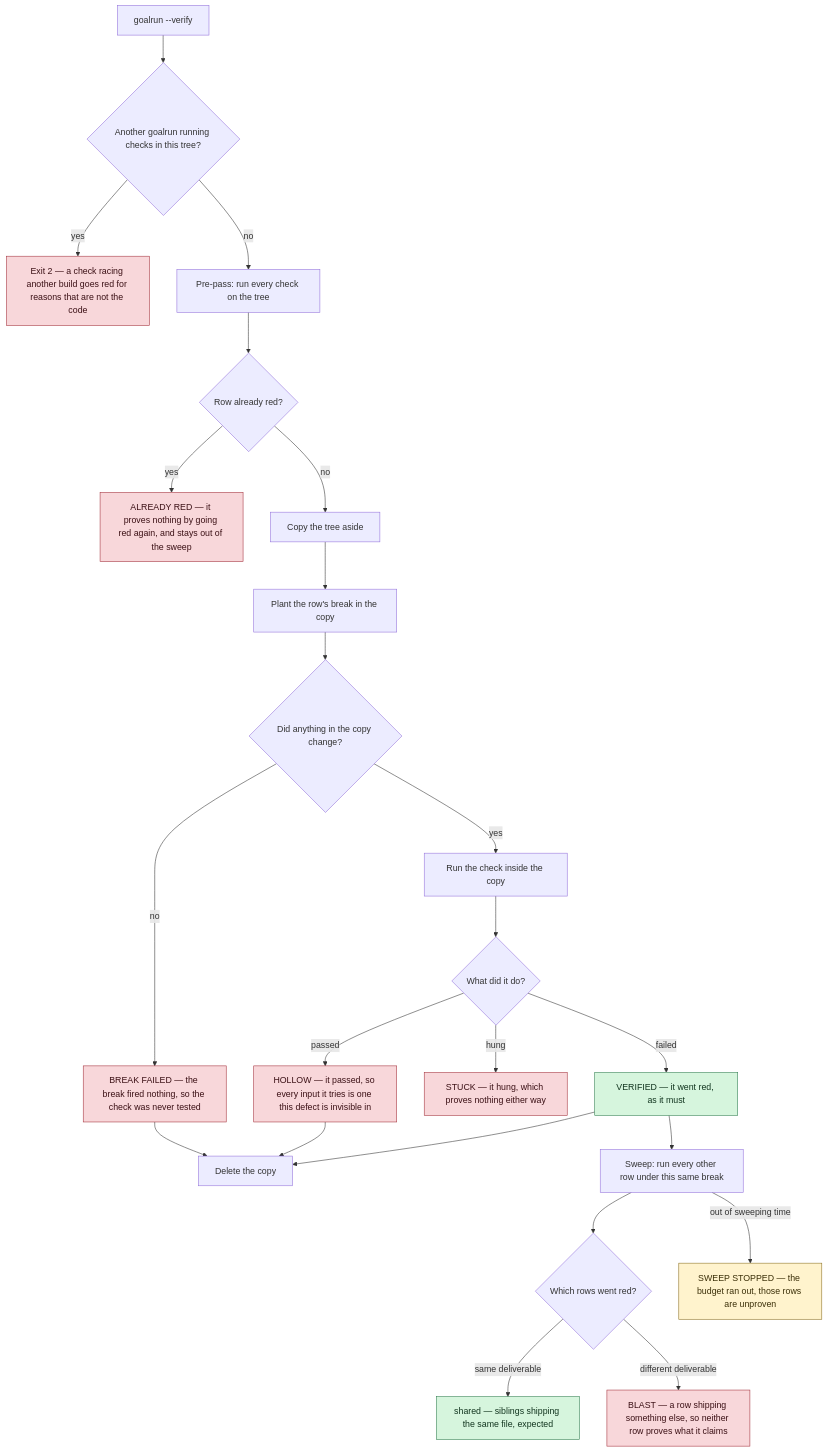
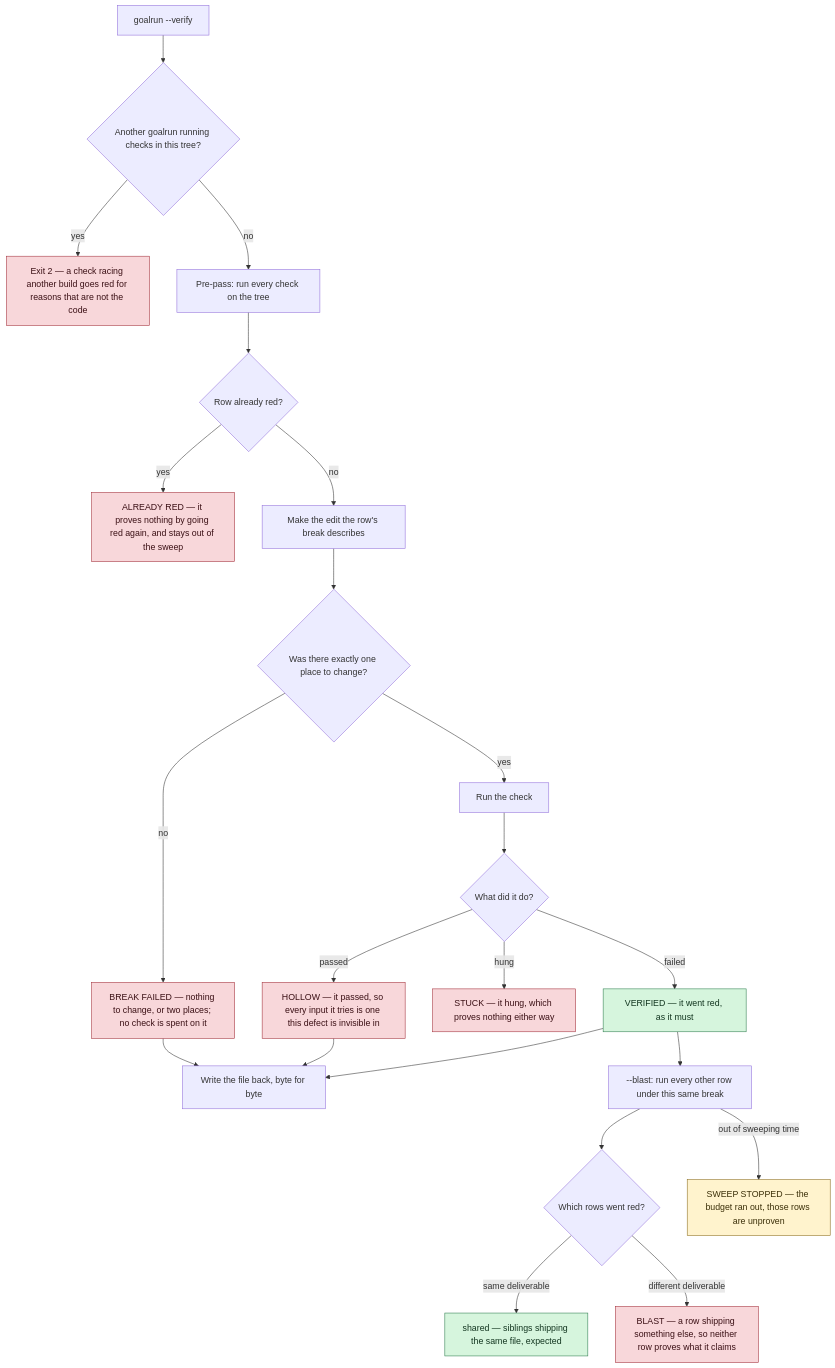
One commit to xtieume/testcase changed the fourth of 4 diagrams in docs/how-it-works.md. Above: the diagram before and after it, drawn with Mermaid. The commit also changed other lines of this file and 5 other files, not shown here.

````diff
--- a/docs/how-it-works.md
+++ b/docs/how-it-works.md
@@ -146,61 +149,59 @@
 ```mermaid
 flowchart TD
     V["goalrun --verify"]
     LOCK{"Another goalrun running checks in this tree?"}
     STOPL["Exit 2 — a check racing another build goes red for reasons that are not the code"]
 
     PRE["Pre-pass: run every check on the tree"]
     RED{"Row already red?"}
     AR["ALREADY RED — it proves nothing by going red again, and stays out of the sweep"]
 
-    CLONE["Copy the tree aside"]
-    PLANT["Plant the row's break in the copy"]
-    MOVED{"Did anything in the copy change?"}
-    BF["BREAK FAILED — the break fired nothing, so the check was never tested"]
+    PLANT["Make the edit the row's break describes"]
+    MOVED{"Was there exactly one place to change?"}
+    BF["BREAK FAILED — nothing to change, or two places; no check is spent on it"]
 
-    CHECK["Run the check inside the copy"]
+    CHECK["Run the check"]
     RESULT{"What did it do?"}
     HOLLOW["HOLLOW — it passed, so every input it tries is one this defect is invisible in"]
     STUCK["STUCK — it hung, which proves nothing either way"]
     VERIFIED["VERIFIED — it went red, as it must"]
-    DROP["Delete the copy"]
+    DROP["Write the file back, byte for byte"]
 
-    SWEEP["Sweep: run every other row under this same break"]
+    SWEEP["--blast: run every other row under this same break"]
     SIB{"Which rows went red?"}
     SHARED["shared — siblings shipping the same file, expected"]
     BLAST["BLAST — a row shipping something else, so neither row proves what it claims"]
     BUDGET["SWEEP STOPPED — the budget ran out, those rows are unproven"]
 
     V --> LOCK
     LOCK -->|"yes"| STOPL
     LOCK -->|"no"| PRE
     PRE --> RED
     RED -->|"yes"| AR
-    RED -->|"no"| CLONE
-    CLONE --> PLANT
+    RED -->|"no"| PLANT
     PLANT --> MOVED
     MOVED -->|"no"| BF
     MOVED -->|"yes"| CHECK
     CHECK --> RESULT
     RESULT -->|"passed"| HOLLOW
     RESULT -->|"hung"| STUCK
     RESULT -->|"failed"| VERIFIED
     VERIFIED --> SWEEP
     SWEEP --> SIB
     SIB -->|"same deliverable"| SHARED
     SIB -->|"different deliverable"| BLAST
     SWEEP -->|"out of sweeping time"| BUDGET
     VERIFIED --> DROP
     HOLLOW --> DROP
     BF --> DROP
 
     style VERIFIED fill:#d6f5dd,stroke:#2f7d4f,color:#12351f
     style SHARED fill:#d6f5dd,stroke:#2f7d4f,color:#12351f
     style HOLLOW fill:#f8d7da,stroke:#a3303b,color:#3b1015
     style STUCK fill:#f8d7da,stroke:#a3303b,color:#3b1015
     style BLAST fill:#f8d7da,stroke:#a3303b,color:#3b1015
     style BF fill:#f8d7da,stroke:#a3303b,color:#3b1015
     style AR fill:#f8d7da,stroke:#a3303b,color:#3b1015
     style STOPL fill:#f8d7da,stroke:#a3303b,color:#3b1015
     style BUDGET fill:#fff3cd,stroke:#8a6d1f,color:#3b2f08
 ```
````
